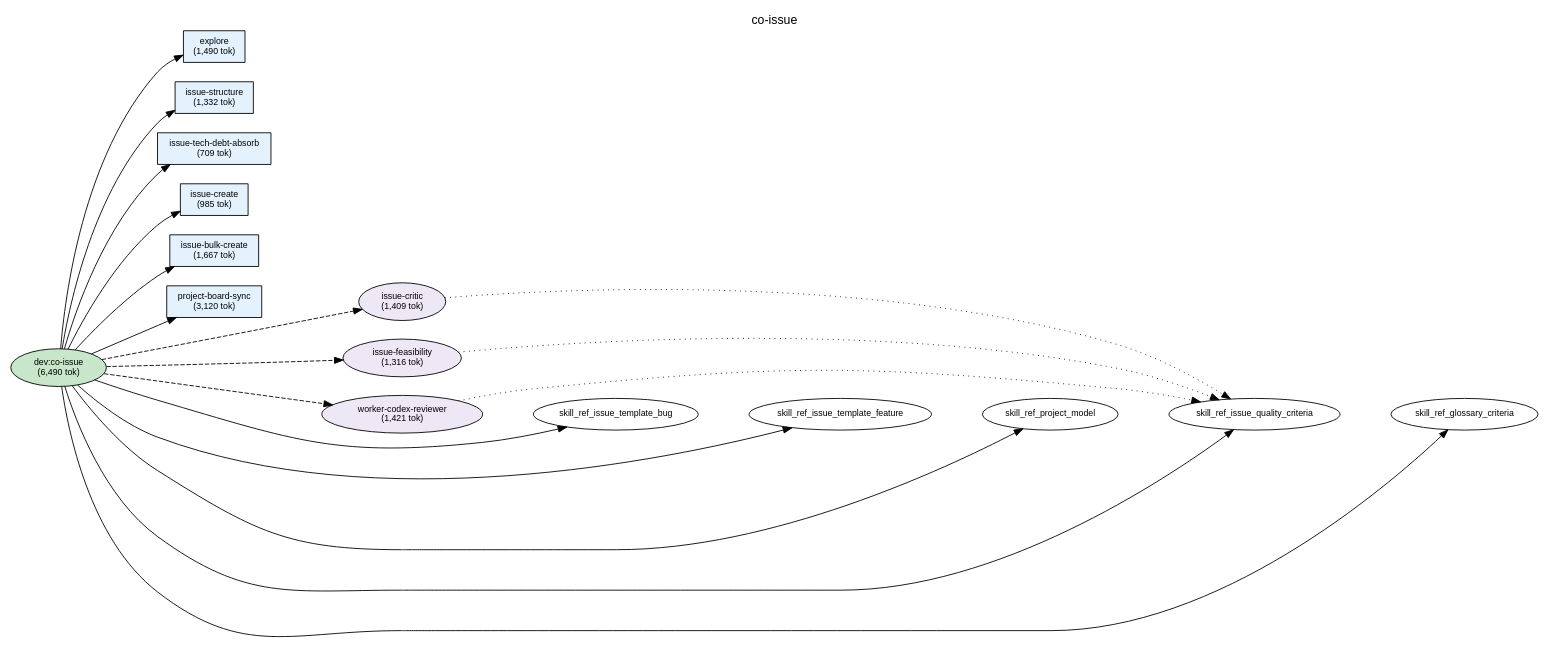
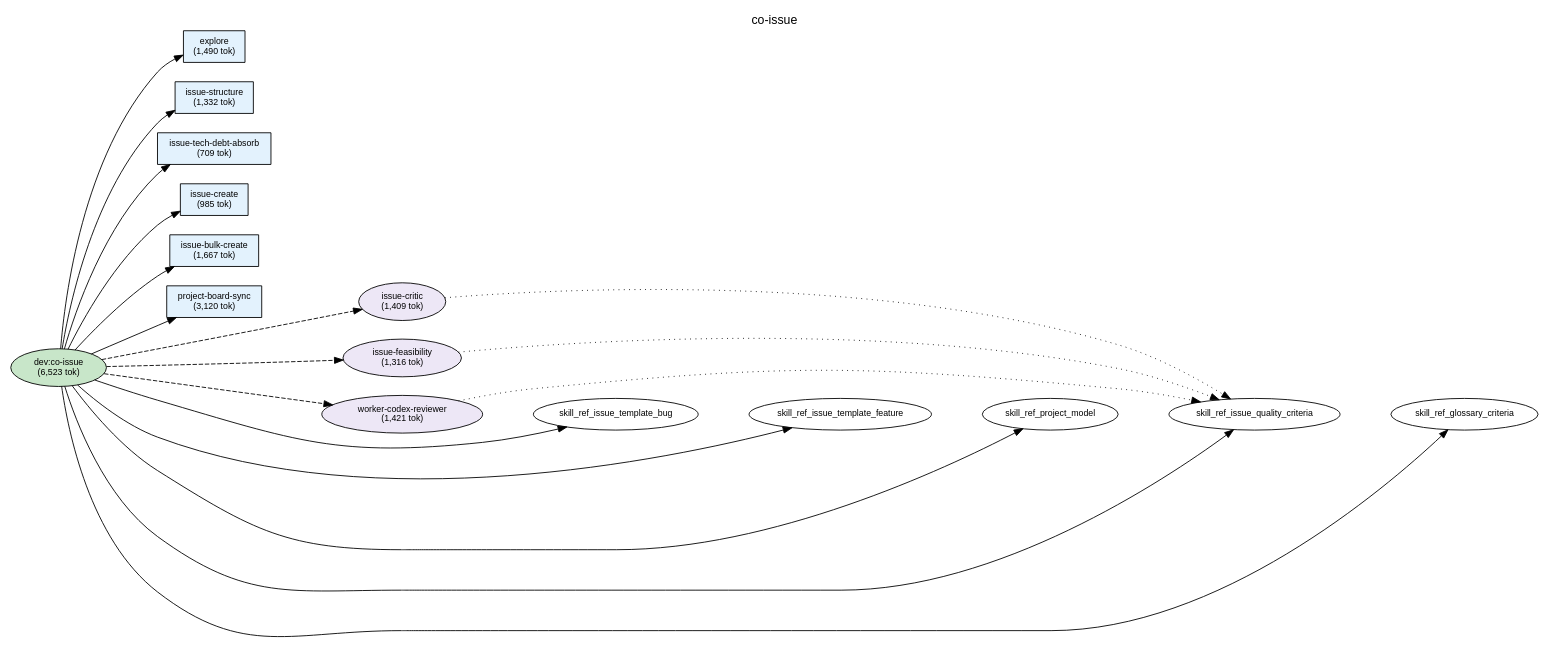
The diagram in plugins/dev/docs/deps-co-issue.dot (shuu5/twill), drawn with Graphviz before and after one commit. The commit also changed 27 other files, not shown here.

```diff
--- a/plugins/dev/docs/deps-co-issue.dot
+++ b/plugins/dev/docs/deps-co-issue.dot
@@ -1,80 +1,80 @@
 digraph Dependencies {
     // Graph settings
     rankdir=LR;
     ranksep=0.8;
     nodesep=0.3;
     fontname="Helvetica";
     node [fontname="Helvetica", fontsize=10];
     edge [fontname="Helvetica", fontsize=9];
     label="co-issue";
     labelloc=t;
     fontsize=14;
 
     // L0: Controller Skills
-    skill_co_issue [label="dev:co-issue\n(6,490 tok)", shape=ellipse, style=filled, fillcolor="#c8e6c9"];
+    skill_co_issue [label="dev:co-issue\n(6,523 tok)", shape=ellipse, style=filled, fillcolor="#c8e6c9"];
 
     // L0: Launchers
 
     // L0.5: Workflow Skills
 
     // Reference Skills
 
     // L1: Direct Commands
     cmd_issue_structure [label="issue-structure\n(1,332 tok)", shape=box, style=filled, fillcolor="#e3f2fd"];
     cmd_issue_create [label="issue-create\n(985 tok)", shape=box, style=filled, fillcolor="#e3f2fd"];
     cmd_issue_bulk_create [label="issue-bulk-create\n(1,667 tok)", shape=box, style=filled, fillcolor="#e3f2fd"];
     cmd_issue_tech_debt_absorb [label="issue-tech-debt-absorb\n(709 tok)", shape=box, style=filled, fillcolor="#e3f2fd"];
     cmd_project_board_sync [label="project-board-sync\n(3,120 tok)", shape=box, style=filled, fillcolor="#e3f2fd"];
     cmd_explore [label="explore\n(1,490 tok)", shape=box, style=filled, fillcolor="#e3f2fd"];
 
     // L2: Sub Commands
 
     // L3: Agents
     agent_issue_critic [label="issue-critic\n(1,409 tok)", shape=ellipse, style=filled, fillcolor="#ede7f6"];
     agent_issue_feasibility [label="issue-feasibility\n(1,316 tok)", shape=ellipse, style=filled, fillcolor="#ede7f6"];
     agent_worker_codex_reviewer [label="worker-codex-reviewer\n(1,421 tok)", shape=ellipse, style=filled, fillcolor="#ede7f6"];
 
     // L3.5: Scripts
 
     // L4: External
 
     // Layer constraints
     { rank=same; skill_co_issue; }
     { rank=same; cmd_issue_structure; cmd_issue_create; cmd_issue_bulk_create; cmd_issue_tech_debt_absorb; cmd_project_board_sync; cmd_explore; }
     { rank=same; agent_issue_critic; agent_issue_feasibility; agent_worker_codex_reviewer; }
 
     // Edges
     skill_co_issue -> cmd_explore;
     skill_co_issue -> cmd_issue_structure;
     skill_co_issue -> cmd_issue_tech_debt_absorb;
     skill_co_issue -> cmd_issue_create;
     skill_co_issue -> cmd_issue_bulk_create;
     skill_co_issue -> cmd_project_board_sync;
     skill_co_issue -> agent_issue_critic [style=dashed];
     skill_co_issue -> agent_issue_feasibility [style=dashed];
     skill_co_issue -> agent_worker_codex_reviewer [style=dashed];
     skill_co_issue -> skill_ref_issue_template_bug;
     skill_co_issue -> skill_ref_issue_template_feature;
     skill_co_issue -> skill_ref_project_model;
     skill_co_issue -> skill_ref_issue_quality_criteria;
     skill_co_issue -> skill_ref_glossary_criteria;
     agent_issue_critic -> skill_ref_issue_quality_criteria [style=dotted];
     agent_issue_feasibility -> skill_ref_issue_quality_criteria [style=dotted];
     agent_worker_codex_reviewer -> skill_ref_issue_quality_criteria [style=dotted];
 
     // Ordering constraints (invisible edges)
     cmd_explore -> cmd_issue_structure [style=invis, weight=10];
     cmd_issue_structure -> cmd_issue_tech_debt_absorb [style=invis, weight=10];
     cmd_issue_tech_debt_absorb -> cmd_issue_create [style=invis, weight=10];
     cmd_issue_create -> cmd_issue_bulk_create [style=invis, weight=10];
     cmd_issue_bulk_create -> cmd_project_board_sync [style=invis, weight=10];
     cmd_project_board_sync -> agent_issue_critic [style=invis, weight=10];
     agent_issue_critic -> agent_issue_feasibility [style=invis, weight=10];
     agent_issue_feasibility -> agent_worker_codex_reviewer [style=invis, weight=10];
     agent_worker_codex_reviewer -> skill_ref_issue_template_bug [style=invis, weight=10];
     skill_ref_issue_template_bug -> skill_ref_issue_template_feature [style=invis, weight=10];
     skill_ref_issue_template_feature -> skill_ref_project_model [style=invis, weight=10];
     skill_ref_project_model -> skill_ref_issue_quality_criteria [style=invis, weight=10];
     skill_ref_issue_quality_criteria -> skill_ref_glossary_criteria [style=invis, weight=10];
 
 }
```
